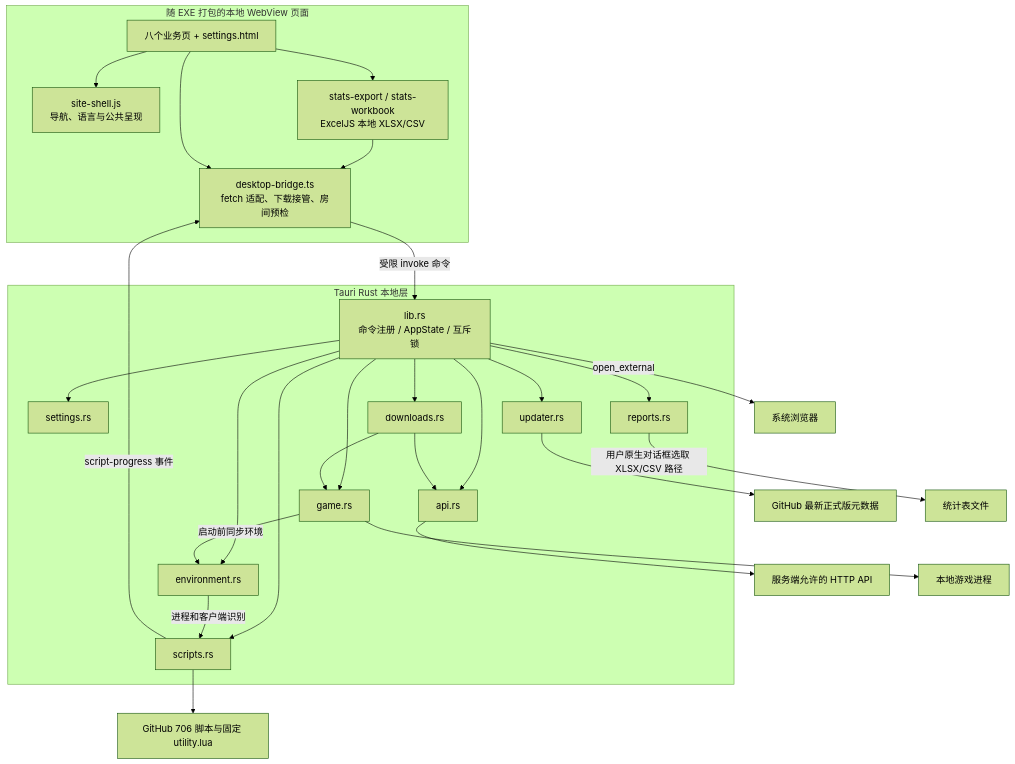
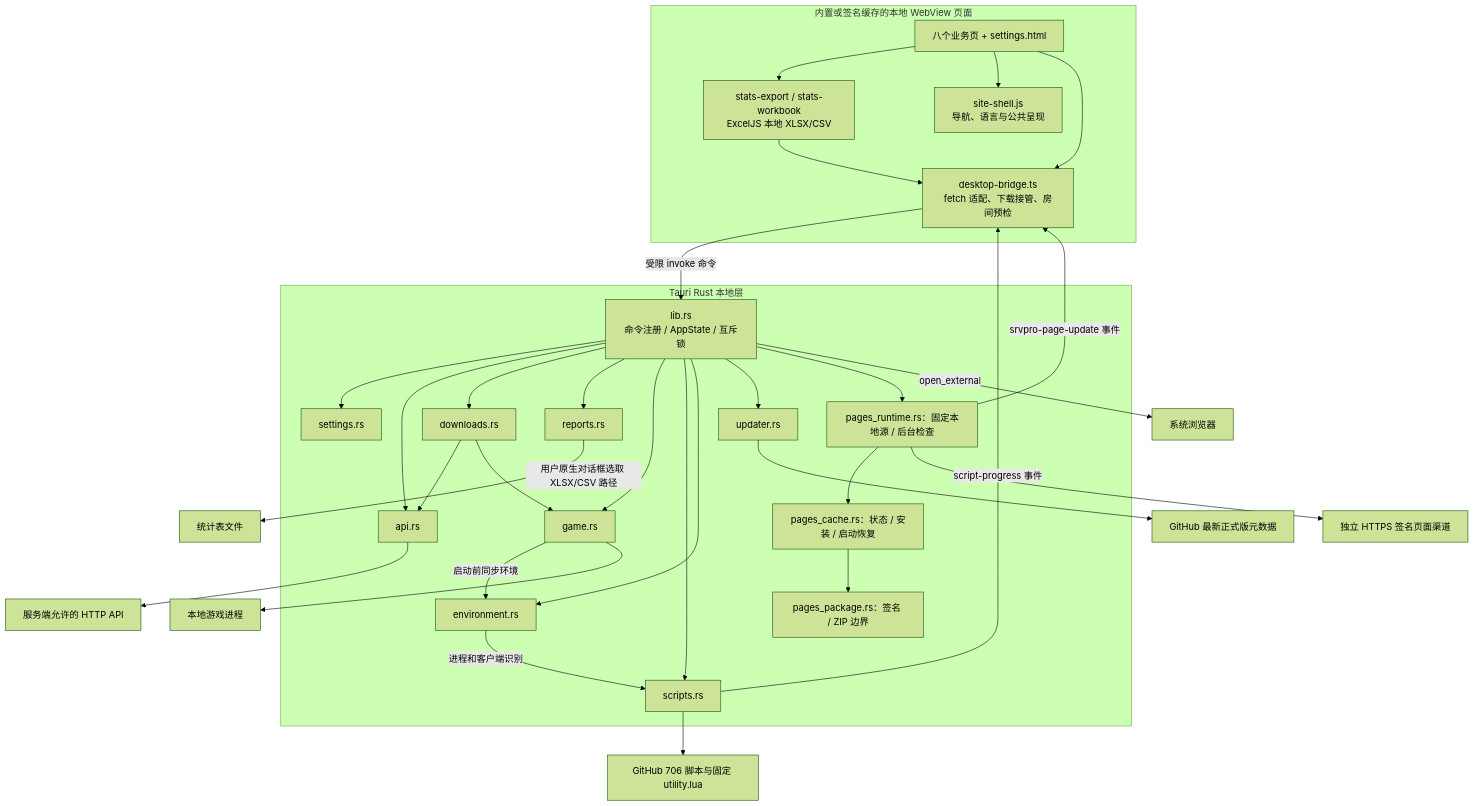
The second of 8 diagrams in docs/ARCHITECTURE.md (301zrg/srvprotianti-desktop), drawn with Mermaid (forest theme) before and after one commit. The commit also changed other lines of this file and 50 other files, not shown here.

Commit message:
Add signed desktop page updates and website entry integration (0.2.0)

````diff
--- a/docs/ARCHITECTURE.md
+++ b/docs/ARCHITECTURE.md
@@ -48,44 +48,52 @@
 ```mermaid
 flowchart TB
-    subgraph UI[随 EXE 打包的本地 WebView 页面]
+    subgraph UI[内置或签名缓存的本地 WebView 页面]
         Pages["八个业务页 + settings.html"]
         Shell["site-shell.js<br/>导航、语言与公共呈现"]
         Bridge["desktop-bridge.ts<br/>fetch 适配、下载接管、房间预检"]
         Workbook["stats-export / stats-workbook<br/>ExcelJS 本地 XLSX/CSV"]
         Pages --> Workbook
         Workbook --> Bridge
         Pages --> Shell
         Pages --> Bridge
     end
     subgraph Native[Tauri Rust 本地层]
         Entry["lib.rs<br/>命令注册 / AppState / 互斥锁"]
         Settings[settings.rs]
         Api[api.rs]
         Download[downloads.rs]
         Reports[reports.rs]
         Game[game.rs]
         Script[scripts.rs]
         Env[environment.rs]
         Update[updater.rs]
+        PageRuntime[pages_runtime.rs：固定本地源 / 后台检查]
+        PageCache[pages_cache.rs：状态 / 安装 / 启动恢复]
+        PagePackage[pages_package.rs：签名 / ZIP 边界]
         Entry --> Settings
         Entry --> Api
         Entry --> Download
         Entry --> Reports
         Entry --> Game
         Entry --> Script
         Entry --> Env
         Entry --> Update
+        Entry --> PageRuntime
+        PageRuntime --> PageCache
+        PageCache --> PagePackage
         Download --> Api
         Download --> Game
         Game -->|启动前同步环境| Env
         Env -->|进程和客户端识别| Script
     end
     Bridge -->|受限 invoke 命令| Entry
     Script -->|script-progress 事件| Bridge
     Api --> HTTP[服务端允许的 HTTP API]
     Script --> Git[GitHub 706 脚本与固定 utility.lua]
     Update --> Release[GitHub 最新正式版元数据]
+    PageRuntime --> PageChannel[独立 HTTPS 签名页面渠道]
+    PageRuntime -->|srvpro-page-update 事件| Bridge
     Game --> Process[本地游戏进程]
     Reports -->|用户原生对话框选取 XLSX/CSV 路径| Csv[统计表文件]
     Entry -->|open_external| Browser[系统浏览器]
 ```
````
